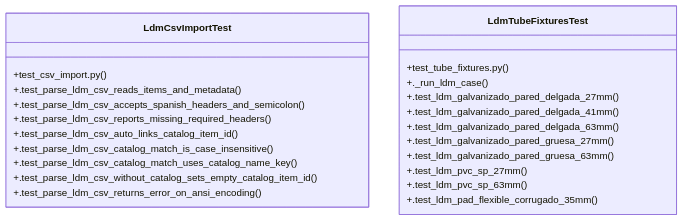
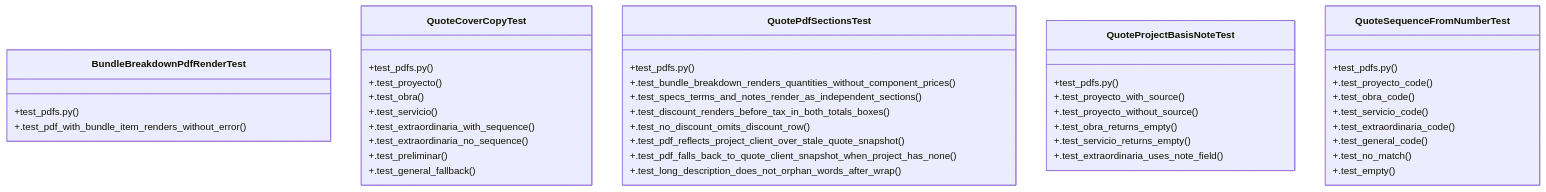
One commit to Daftrick/ProjectTracker changed the diagram in graphify-out/wiki/Community_9.md. Above: the diagram before and after it, drawn with Mermaid. The commit also changed other lines of this file and 413 other files, not shown here.

````diff
--- a/graphify-out/wiki/Community_9.md
+++ b/graphify-out/wiki/Community_9.md
@@ -36,26 +36,45 @@
 ```mermaid
 classDiagram
-    class LdmCsvImportTest {
-        +test_csv_import.py()
-        +.test_parse_ldm_csv_reads_items_and_metadata()
-        +.test_parse_ldm_csv_accepts_spanish_headers_and_semicolon()
-        +.test_parse_ldm_csv_reports_missing_required_headers()
-        +.test_parse_ldm_csv_auto_links_catalog_item_id()
-        +.test_parse_ldm_csv_catalog_match_is_case_insensitive()
-        +.test_parse_ldm_csv_catalog_match_uses_catalog_name_key()
-        +.test_parse_ldm_csv_without_catalog_sets_empty_catalog_item_id()
-        +.test_parse_ldm_csv_returns_error_on_ansi_encoding()
+    class BundleBreakdownPdfRenderTest {
+        +test_pdfs.py()
+        +.test_pdf_with_bundle_item_renders_without_error()
     }
-    class LdmTubeFixturesTest {
-        +test_tube_fixtures.py()
-        +._run_ldm_case()
-        +.test_ldm_galvanizado_pared_delgada_27mm()
-        +.test_ldm_galvanizado_pared_delgada_41mm()
-        +.test_ldm_galvanizado_pared_delgada_63mm()
-        +.test_ldm_galvanizado_pared_gruesa_27mm()
-        +.test_ldm_galvanizado_pared_gruesa_63mm()
-        +.test_ldm_pvc_sp_27mm()
-        +.test_ldm_pvc_sp_63mm()
-        +.test_ldm_pad_flexible_corrugado_35mm()
+    class QuoteCoverCopyTest {
+        +test_pdfs.py()
+        +.test_proyecto()
+        +.test_obra()
+        +.test_servicio()
+        +.test_extraordinaria_with_sequence()
+        +.test_extraordinaria_no_sequence()
+        +.test_preliminar()
+        +.test_general_fallback()
+    }
+    class QuotePdfSectionsTest {
+        +test_pdfs.py()
+        +.test_bundle_breakdown_renders_quantities_without_component_prices()
+        +.test_specs_terms_and_notes_render_as_independent_sections()
+        +.test_discount_renders_before_tax_in_both_totals_boxes()
+        +.test_no_discount_omits_discount_row()
+        +.test_pdf_reflects_project_client_over_stale_quote_snapshot()
+        +.test_pdf_falls_back_to_quote_client_snapshot_when_project_has_none()
+        +.test_long_description_does_not_orphan_words_after_wrap()
+    }
+    class QuoteProjectBasisNoteTest {
+        +test_pdfs.py()
+        +.test_proyecto_with_source()
+        +.test_proyecto_without_source()
+        +.test_obra_returns_empty()
+        +.test_servicio_returns_empty()
+        +.test_extraordinaria_uses_note_field()
+    }
+    class QuoteSequenceFromNumberTest {
+        +test_pdfs.py()
+        +.test_proyecto_code()
+        +.test_obra_code()
+        +.test_servicio_code()
+        +.test_extraordinaria_code()
+        +.test_general_code()
+        +.test_no_match()
+        +.test_empty()
     }
 ```
````
